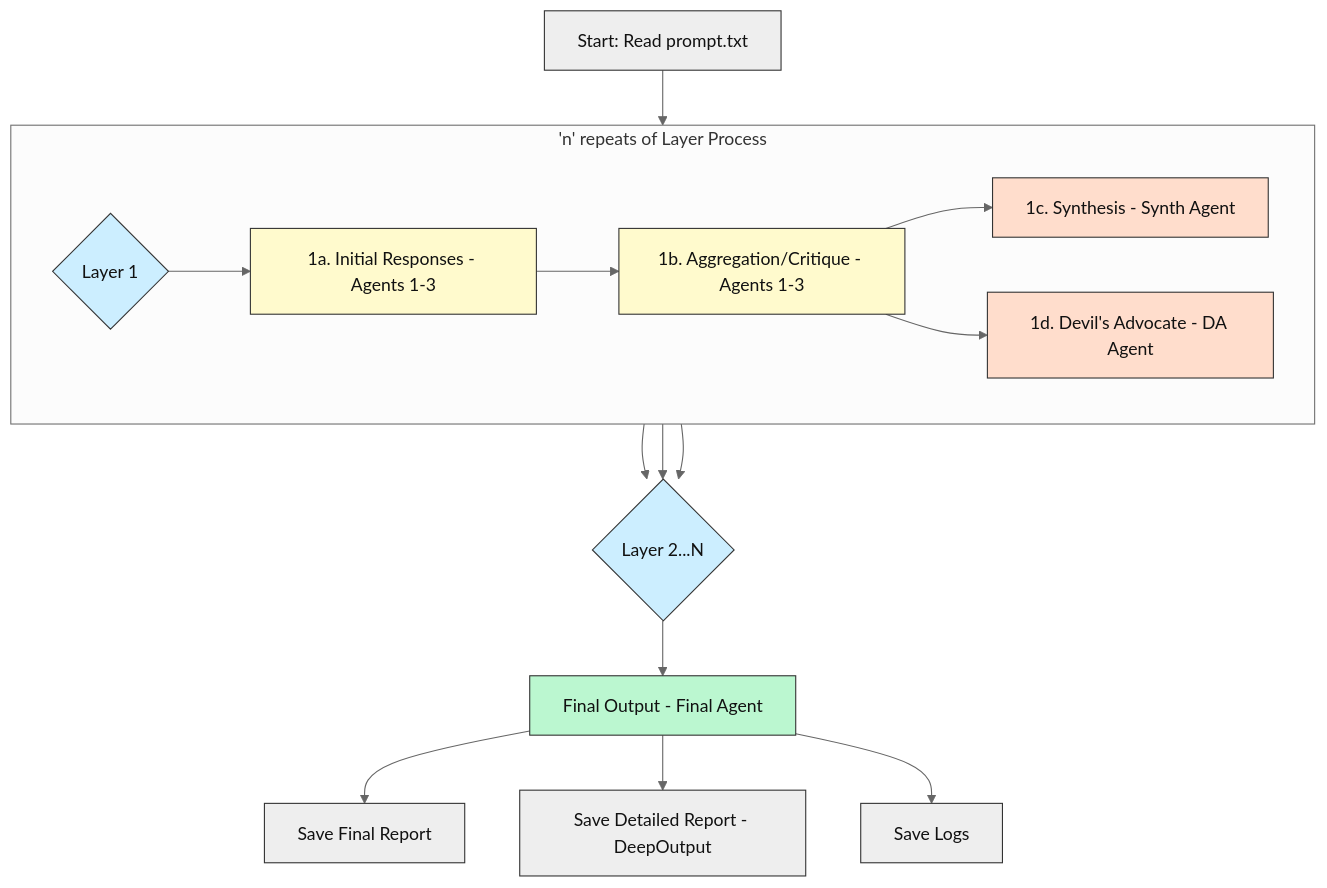
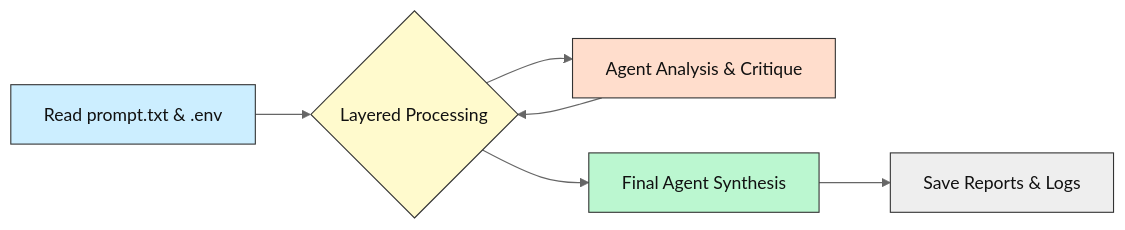
One commit to Mindrocket42/MOA-DeepOutputs changed the first of 3 diagrams in README.md. Above: the diagram before and after it, drawn with Mermaid (neutral theme). The commit also changed other lines of this file and 5 other files, not shown here.

````diff
--- a/README.md
+++ b/README.md
@@ -164,55 +56,13 @@
 ```mermaid
-flowchart TD
-
-    A[Start: Read prompt.txt] --> B{Layer 1};
-
-    subgraph 'n' repeats of Layer Process
-
-        direction LR
-
-        B --> C[1a. Initial Responses - Agents 1-3];
-
-        C --> D[1b. Aggregation/Critique - Agents 1-3];
-
-        D --> E[1c. Synthesis - Synth Agent];
-
-        D --> F[1d. Devil's Advocate - DA Agent];
-
-    end
-
-    B --> G{Layer 2...N};
-
-    E --> G;
-
-    F --> G;
-
-    G --> H[Final Output - Final Agent];
-
-    H --> I[Save Final Report];
-
-    H --> J[Save Detailed Report - DeepOutput];
-
-    H --> K[Save Logs];
-
-    style A fill:#eeeeee,stroke:#333333,color:#111111
-
-    style B fill:#cceeff,stroke:#333333,color:#111111
-
-    style G fill:#cceeff,stroke:#333333,color:#111111
-
-    style C fill:#fffacd,stroke:#333333,color:#111111
-
-    style D fill:#fffacd,stroke:#333333,color:#111111
-
-    style E fill:#ffddcc,stroke:#333333,color:#111111
-
-    style F fill:#ffddcc,stroke:#333333,color:#111111
-
-    style H fill:#bbf7d0,stroke:#333333,color:#111111
-
-    style I fill:#eeeeee,stroke:#333333,color:#111111
-
-    style J fill:#eeeeee,stroke:#333333,color:#111111
-
-    style K fill:#eeeeee,stroke:#333333,color:#111111
+flowchart LR
+    A[Read prompt.txt & .env] --> B{Layered Processing}
+    B --> C[Agent Analysis & Critique]
+    C --> B
+    B --> D[Final Agent Synthesis]
+    D --> E[Save Reports & Logs]
+    style A fill:#cceeff,stroke:#333333,color:#111111
+    style B fill:#fffacd,stroke:#333333,color:#111111
+    style C fill:#ffddcc,stroke:#333333,color:#111111
+    style D fill:#bbf7d0,stroke:#333333,color:#111111
+    style E fill:#eeeeee,stroke:#333333,color:#111111
 ```
````
